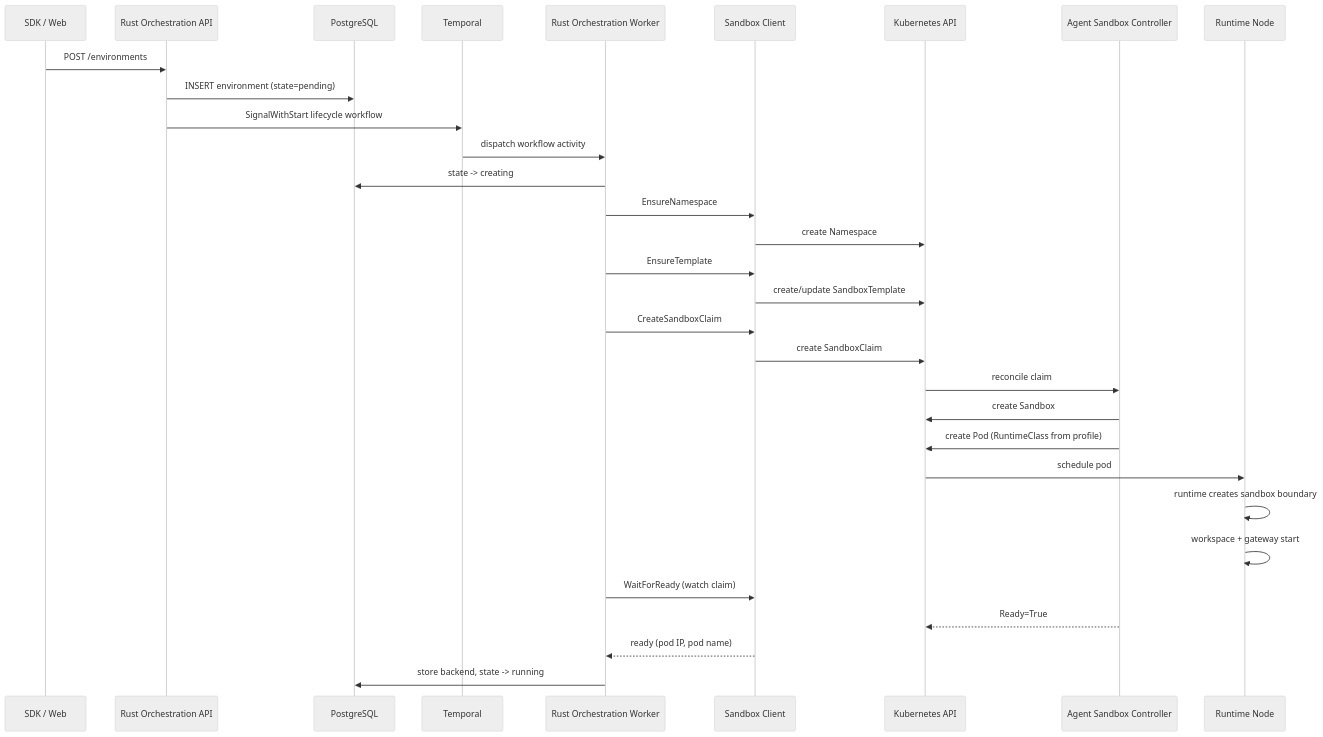
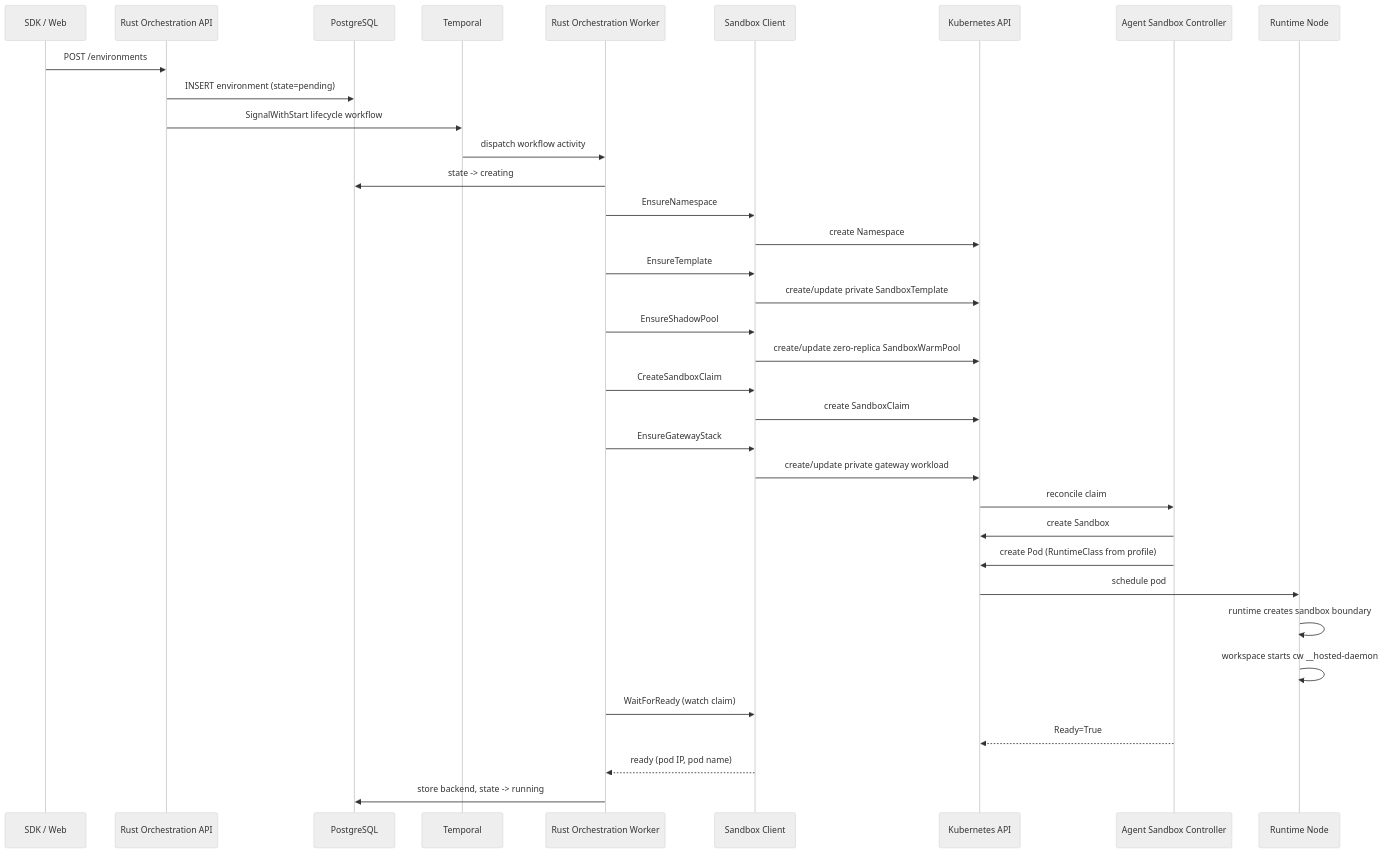
Before and after one commit to codewiresh/codewire: the second of 3 diagrams in docs/ARCHITECTURE.md, drawn with Mermaid (neutral theme). The commit also changed other lines of this file and 21 other files, not shown here.

````diff
--- a/docs/ARCHITECTURE.md
+++ b/docs/ARCHITECTURE.md
@@ -848,34 +524,38 @@
 ```mermaid
 sequenceDiagram
     participant Client as SDK / Web
     participant API as Rust Orchestration API
     participant DB as PostgreSQL
     participant Temporal as Temporal
     participant Worker as Rust Orchestration Worker
     participant SC as Sandbox Client
     participant K8s as Kubernetes API
     participant Ctrl as Agent Sandbox Controller
     participant Node as Runtime Node
 
     Client->>API: POST /environments
     API->>DB: INSERT environment (state=pending)
     API->>Temporal: SignalWithStart lifecycle workflow
     Temporal->>Worker: dispatch workflow activity
     Worker->>DB: state -> creating
     Worker->>SC: EnsureNamespace
     SC->>K8s: create Namespace
     Worker->>SC: EnsureTemplate
-    SC->>K8s: create/update SandboxTemplate
+    SC->>K8s: create/update private SandboxTemplate
+    Worker->>SC: EnsureShadowPool
+    SC->>K8s: create/update zero-replica SandboxWarmPool
     Worker->>SC: CreateSandboxClaim
     SC->>K8s: create SandboxClaim
+    Worker->>SC: EnsureGatewayStack
+    SC->>K8s: create/update private gateway workload
     K8s->>Ctrl: reconcile claim
     Ctrl->>K8s: create Sandbox
     Ctrl->>K8s: create Pod (RuntimeClass from profile)
     K8s->>Node: schedule pod
     Node->>Node: runtime creates sandbox boundary
-    Node->>Node: workspace + gateway start
+    Node->>Node: workspace starts cw __hosted-daemon
     Worker->>SC: WaitForReady (watch claim)
     Ctrl-->>K8s: Ready=True
     SC-->>Worker: ready (pod IP, pod name)
     Worker->>DB: store backend, state -> running
 ```
````
